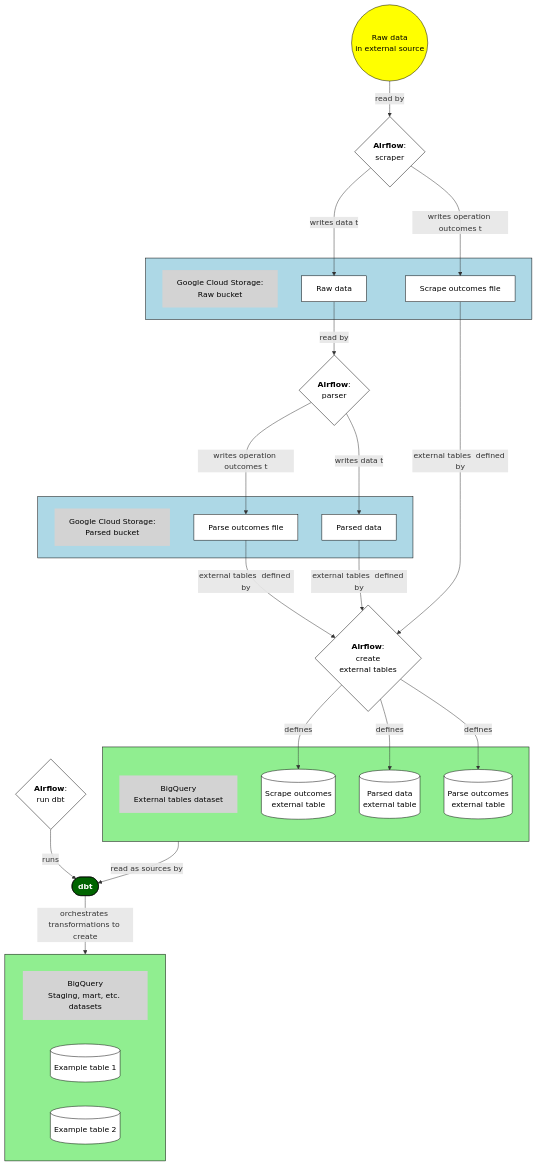
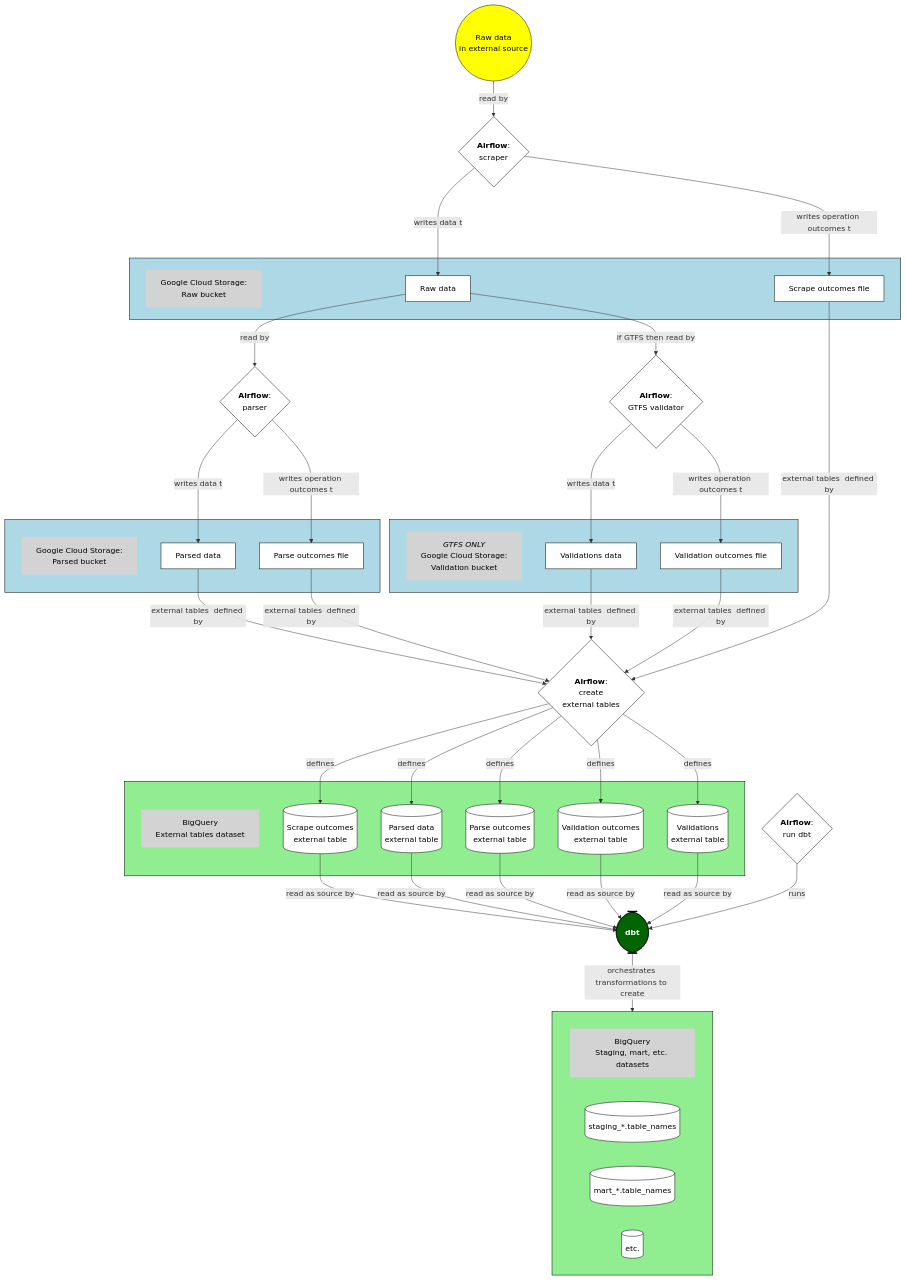
Before and after one commit to cal-itp/data-infra: the third of 3 diagrams in docs/architecture/architecture_overview.md, drawn with Mermaid. The commit also changed other lines of this file, not shown here.

Commit message:
add details by data source

````diff
--- a/docs/architecture/architecture_overview.md
+++ b/docs/architecture/architecture_overview.md
@@ -131,8 +131,9 @@
 raw_data((Raw data  <br> in external source))
 airflow_scrape{<b>Airflow</b>: <br> scraper}
 airflow_parse{<b>Airflow</b>: <br> parser}
+airflow_validate{<b>Airflow</b>: <br> GTFS validator}
 airflow_external_tables{<b>Airflow</b>: <br> create<br>external tables}
-dbt([<b>dbt</b>])
+dbt([<br><b>dbt</b><br><br>])
 airflow_dbt{<b>Airflow</b>: <br> run dbt}
 
 subgraph first_bq[ ]
@@ -140,12 +141,15 @@
     ext_raw_outcomes[(Scrape outcomes<br>external table)]
     ext_parse_data[(Parsed data<br>external table)]
     ext_parse_outcomes[(Parse outcomes<br>external table)]
+    ext_validations[(Validations<br>external table)]
+    ext_validation_outcomes[(Validation outcomes<br>external table)]
 end
 
 subgraph second_bq[ ]
     bq_label2[BigQuery<br>Staging, mart, etc. datasets]
-    bq_table_example[(Example table 1)]
-    bq_table_example2[(Example table 2)]
+    bq_table_example[(staging_*.table_names)]
+    bq_table_example2[(mart_*.table_names)]
+    bq_table_example3[(etc.)]
 end
 
 subgraph first_gcs[ ]
@@ -160,6 +164,12 @@
     parse_outcomes_gcs[Parse outcomes file]
 end
 
+subgraph validated_gcs[ ]
+    gcs_label3[<i>GTFS ONLY</i> <br> Google Cloud Storage:<br>Validation bucket]
+    validation_gcs[Validations data]
+    validation_outcomes_gcs[Validation outcomes file]
+end
+
 raw_data -- read by--> airflow_scrape
 airflow_scrape -- writes data to--> raw_gcs
 airflow_scrape -- writes operation outcomes to--> raw_outcomes_gcs
@@ -167,17 +177,30 @@
 airflow_parse -- writes data to--> parse_gcs
 airflow_parse -- writes operation outcomes to--> parse_outcomes_gcs
 
+raw_gcs -- if GTFS then read by--> airflow_validate
+airflow_validate -- writes data to--> validation_gcs
+airflow_validate -- writes operation outcomes to--> validation_outcomes_gcs
+
 parse_outcomes_gcs -- external tables  defined by--> airflow_external_tables
 parse_gcs -- external tables  defined by--> airflow_external_tables
 raw_outcomes_gcs -- external tables  defined by--> airflow_external_tables
+validation_outcomes_gcs -- external tables  defined by--> airflow_external_tables
+validation_gcs -- external tables  defined by--> airflow_external_tables
 
 
 airflow_external_tables -- defines--> ext_raw_outcomes
 airflow_external_tables -- defines--> ext_parse_data
 airflow_external_tables -- defines--> ext_parse_outcomes
+airflow_external_tables -- defines--> ext_validation_outcomes
+airflow_external_tables -- defines--> ext_validations
 
 airflow_dbt -- runs--> dbt
-first_bq -- read as sources by-->dbt
+ext_raw_outcomes -- read as source by-->dbt
+ext_parse_data -- read as source by-->dbt
+ext_parse_outcomes -- read as source by-->dbt
+ext_validations -- read as source by-->dbt
+ext_validation_outcomes -- read as source by-->dbt
+
 
 dbt -- orchestrates transformations to create-->second_bq
 
@@ -195,7 +218,7 @@
 
 class raw_data raw_datastyle
 class dbt dbtstyle
-class first_gcs,second_gcs gcs_group_boxstyle
+class first_gcs,second_gcs,validated_gcs gcs_group_boxstyle
 class first_bq,second_bq bq_group_boxstyle
-class gcs_label1,gcs_label2,bq_label1,bq_label2 group_labelstyle
+class gcs_label1,gcs_label2,gcs_label3,bq_label1,bq_label2 group_labelstyle
 ```
````
